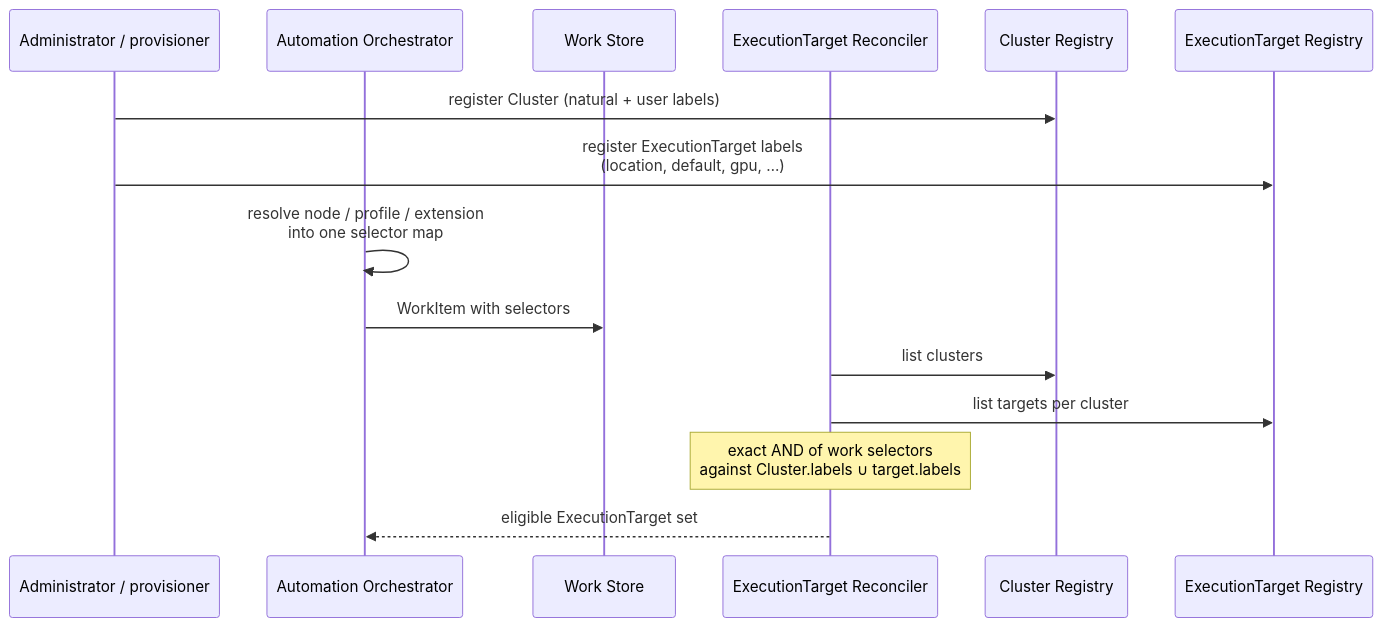
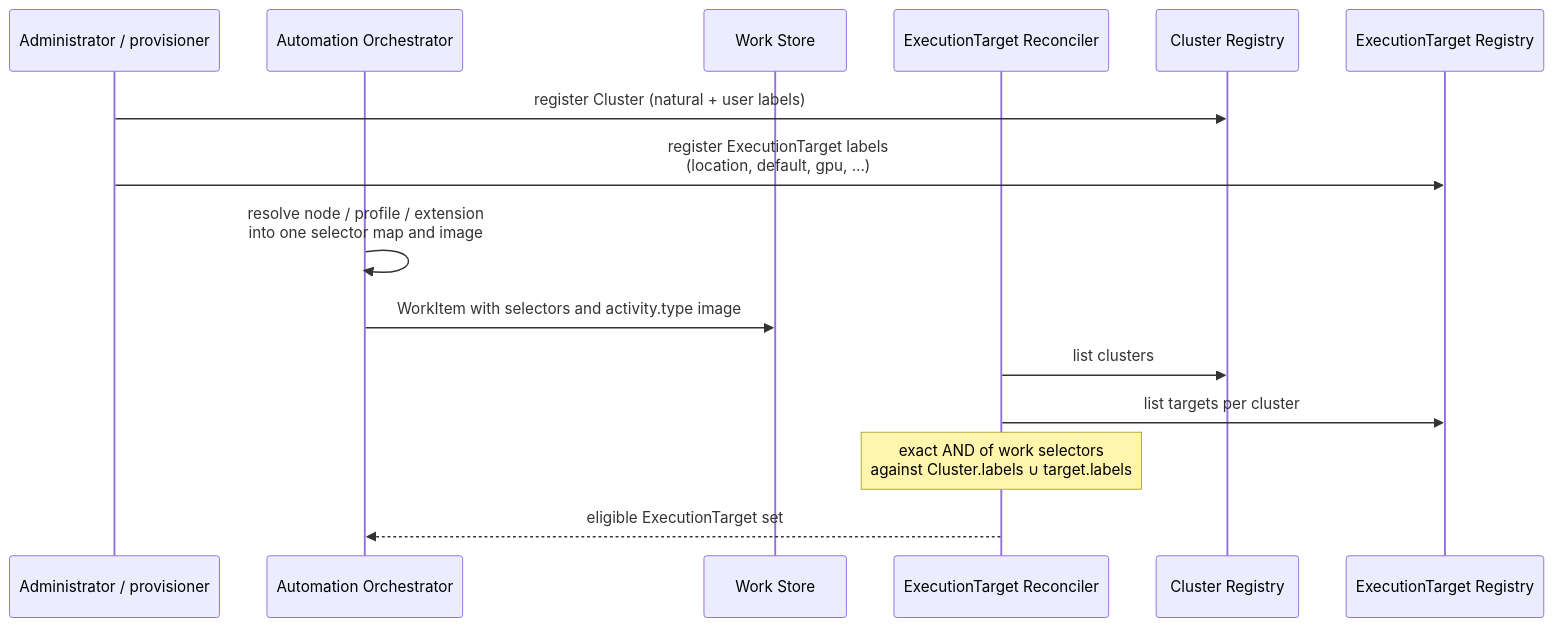
The diagram in backend/docs/execution-plane/labels.md (syntara-orchestration/syntara), drawn with Mermaid before and after one commit. The commit also changed other lines of this file and 4 other files, not shown here.

First line of the commit message:
docs(AAP-92721): put the resolved container image on activity.type

````diff
--- a/backend/docs/execution-plane/labels.md
+++ b/backend/docs/execution-plane/labels.md
@@ -292,18 +299,18 @@
 ```mermaid
 sequenceDiagram
     participant Admin as Administrator / provisioner
     participant AO as Automation Orchestrator
     participant WS as Work Store
     participant R as ExecutionTarget Reconciler
     participant CR as Cluster Registry
     participant TR as ExecutionTarget Registry
 
     Admin->>CR: register Cluster (natural + user labels)
     Admin->>TR: register ExecutionTarget labels<br/>(location, default, gpu, …)
-    AO->>AO: resolve node / profile / extension<br/>into one selector map
-    AO->>WS: WorkItem with selectors
+    AO->>AO: resolve node / profile / extension<br/>into one selector map and image
+    AO->>WS: WorkItem with selectors and activity.type image
     R->>CR: list clusters
     R->>TR: list targets per cluster
     Note over R: exact AND of work selectors<br/>against Cluster.labels ∪ target.labels
     R-->>AO: eligible ExecutionTarget set
 ```
````
